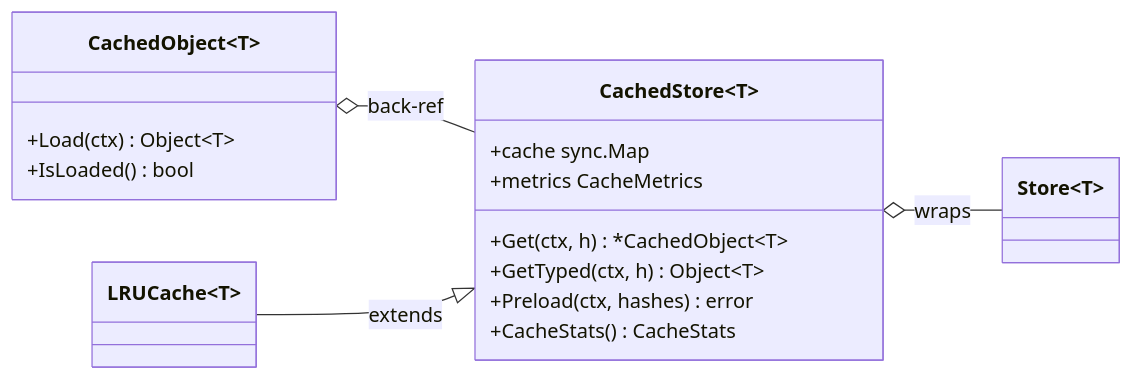
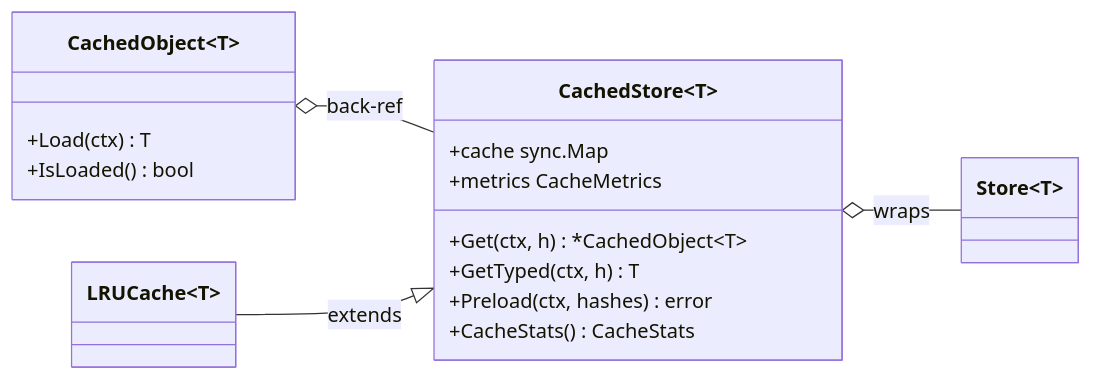
The third of 5 diagrams in .github/instructions/cas-core.instructions.md (dmundt/go-cask), drawn with Mermaid before and after one commit. The commit also changed other lines of this file and 17 other files, not shown here.

````diff
--- a/.github/instructions/cas-core.instructions.md
+++ b/.github/instructions/cas-core.instructions.md
@@ -235,21 +237,21 @@
 ```mermaid
 classDiagram
     direction LR
     class Store~T~
     class CachedObject~T~ {
-        +Load(ctx) Object~T~
+        +Load(ctx) T
         +IsLoaded() bool
     }
     class CachedStore~T~ {
         +cache sync.Map
         +metrics CacheMetrics
         +Get(ctx, h) *CachedObject~T~
-        +GetTyped(ctx, h) Object~T~
+        +GetTyped(ctx, h) T
         +Preload(ctx, hashes) error
         +CacheStats() CacheStats
     }
     class LRUCache~T~
     CachedStore~T~ o-- Store~T~ : wraps
     CachedObject~T~ o-- CachedStore~T~ : back-ref
     LRUCache~T~ --|> CachedStore~T~ : extends
 ```
````
